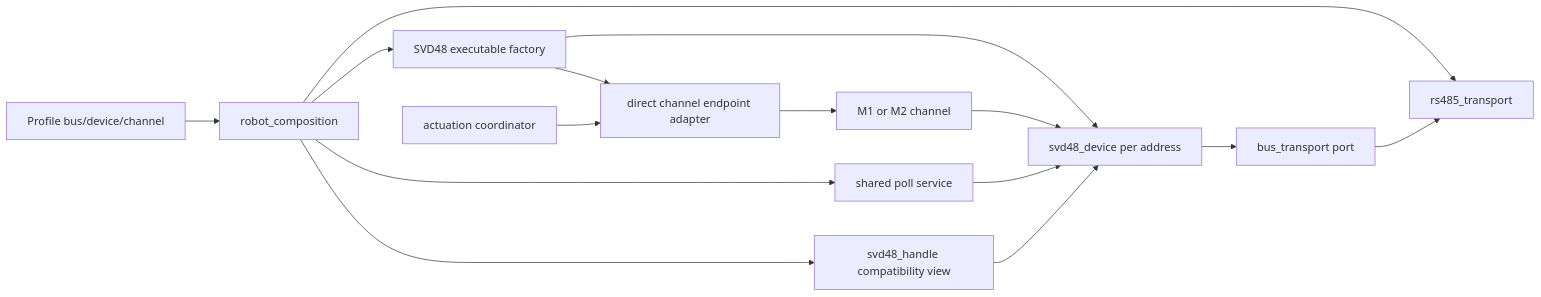
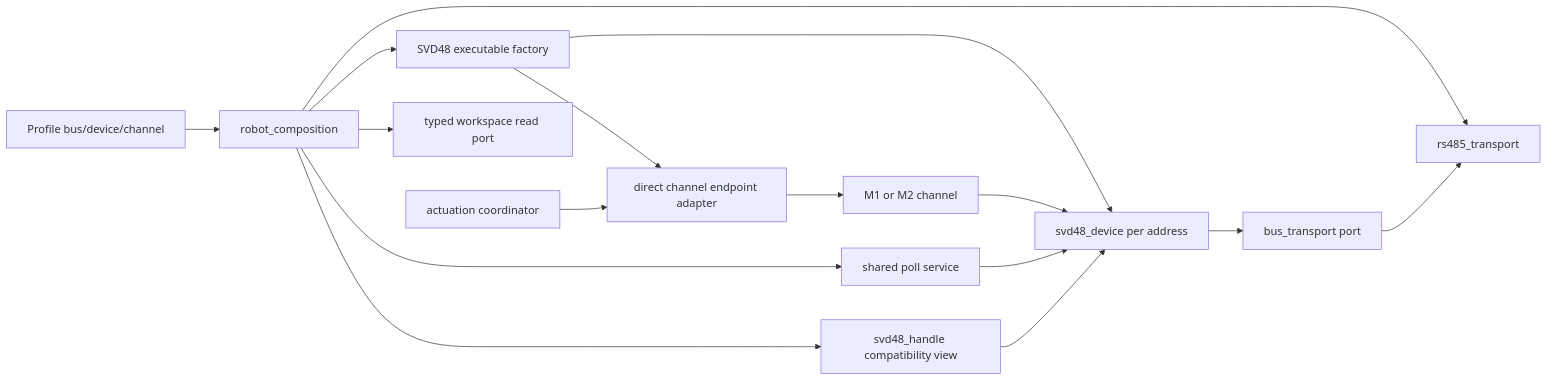
The diagram in docs/SVD48.md (juanpmz2001/sistema-motriz-rs485), drawn with Mermaid before and after one commit. The commit also changed other lines of this file and 16 other files, not shown here.

Commit message:
feat: expose typed SVD48 bench workspace

````diff
--- a/docs/SVD48.md
+++ b/docs/SVD48.md
@@ -49,25 +49,27 @@
 ```mermaid
 flowchart LR
   PROFILE[Profile bus/device/channel]
   COMPOSE[robot_composition]
   FACTORY[SVD48 executable factory]
   RS485[rs485_transport]
   BUS[bus_transport port]
   DEVICE[svd48_device per address]
   CHANNEL[M1 or M2 channel]
   ADAPTER[direct channel endpoint adapter]
   COORD[actuation coordinator]
   POLL[shared poll service]
+  WORKSPACE[typed workspace read port]
   LEGACY[svd48_handle compatibility view]
 
   PROFILE --> COMPOSE
   COMPOSE --> FACTORY
   COMPOSE --> RS485
   COMPOSE --> POLL
+  COMPOSE --> WORKSPACE
   COMPOSE --> LEGACY
   FACTORY --> DEVICE
   FACTORY --> ADAPTER
   COORD --> ADAPTER --> CHANNEL --> DEVICE --> BUS --> RS485
   POLL --> DEVICE
   LEGACY --> DEVICE
 ```
````
